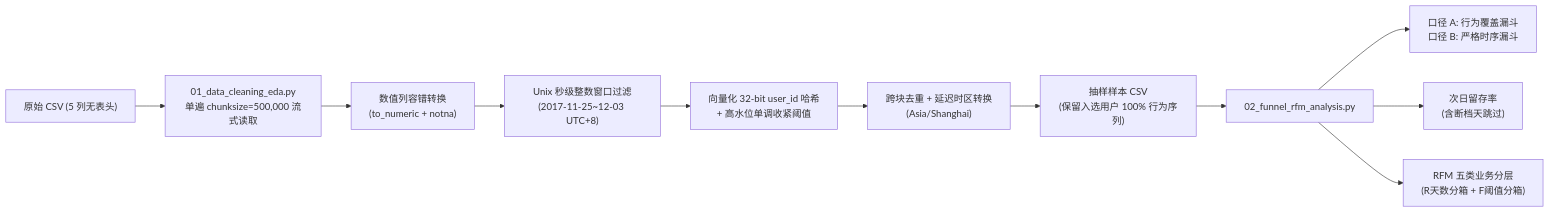
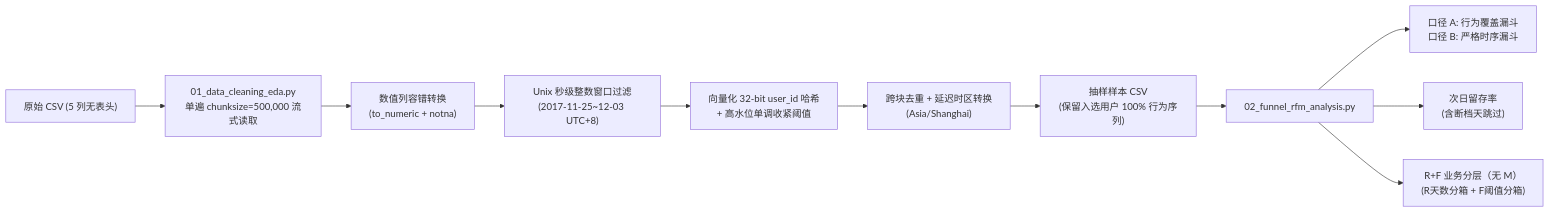
Before and after one commit to 12baixic-del/taobao-user-behavior-analysis: the diagram in README.md, drawn with Mermaid. The commit also changed other lines of this file and 2 other files, not shown here.

````diff
--- a/README.md
+++ b/README.md
@@ -79,13 +79,13 @@
 ```mermaid
 flowchart LR
     A["原始 CSV (5 列无表头)"] --> B["01_data_cleaning_eda.py\n单遍 chunksize=500,000 流式读取"]
     B --> C["数值列容错转换\n(to_numeric + notna)"]
     C --> D["Unix 秒级整数窗口过滤\n(2017-11-25~12-03 UTC+8)"]
     D --> E["向量化 32-bit user_id 哈希\n+ 高水位单调收紧阈值"]
     E --> F["跨块去重 + 延迟时区转换\n(Asia/Shanghai)"]
     F --> G["抽样样本 CSV\n(保留入选用户 100% 行为序列)"]
     G --> H["02_funnel_rfm_analysis.py"]
     H --> I1["口径 A: 行为覆盖漏斗\n口径 B: 严格时序漏斗"]
     H --> I2["次日留存率\n(含断档天跳过)"]
-    H --> I3["RFM 五类业务分层\n(R天数分箱 + F阈值分箱)"]
+    H --> I3["R+F 业务分层（无 M）\n(R天数分箱 + F阈值分箱)"]
 ```
````
